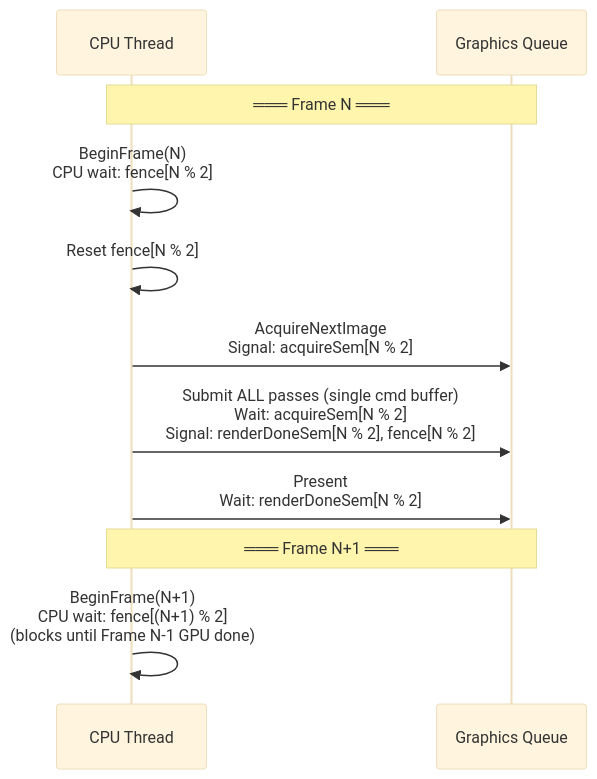
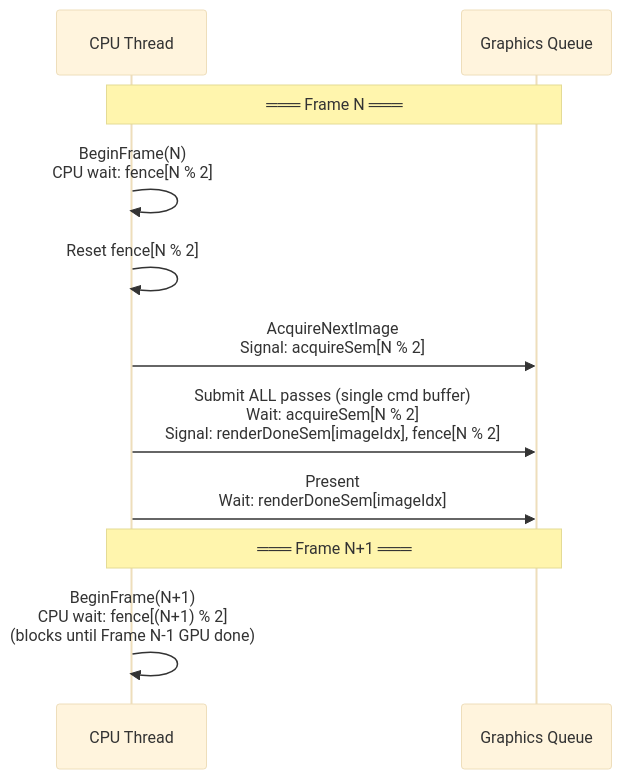
Before and after one commit to nekomiya-kasane/mitsuki: the third of 8 diagrams in specs/03-sync.md, drawn with Mermaid (base theme). The commit also changed other lines of this file and 14 other files, not shown here.

First line of the commit message:
``` feat(rhi): add GetSwapchainImageCount API and update sync spec for per-image renderDone semaphores

````diff
--- a/specs/03-sync.md
+++ b/specs/03-sync.md
@@ -406,17 +406,17 @@
 ```mermaid
 sequenceDiagram
     participant CPU as CPU Thread
     participant GQ as Graphics Queue
 
     Note over CPU,GQ: ═══ Frame N ═══
 
     CPU->>CPU: BeginFrame(N)<br/>CPU wait: fence[N % 2]
     CPU->>CPU: Reset fence[N % 2]
     CPU->>GQ: AcquireNextImage<br/>Signal: acquireSem[N % 2]
-    CPU->>GQ: Submit ALL passes (single cmd buffer)<br/>Wait: acquireSem[N % 2]<br/>Signal: renderDoneSem[N % 2], fence[N % 2]
-    CPU->>GQ: Present<br/>Wait: renderDoneSem[N % 2]
+    CPU->>GQ: Submit ALL passes (single cmd buffer)<br/>Wait: acquireSem[N % 2]<br/>Signal: renderDoneSem[imageIdx], fence[N % 2]
+    CPU->>GQ: Present<br/>Wait: renderDoneSem[imageIdx]
 
     Note over CPU,GQ: ═══ Frame N+1 ═══
 
     CPU->>CPU: BeginFrame(N+1)<br/>CPU wait: fence[(N+1) % 2]<br/>(blocks until Frame N-1 GPU done)
 ```
````
